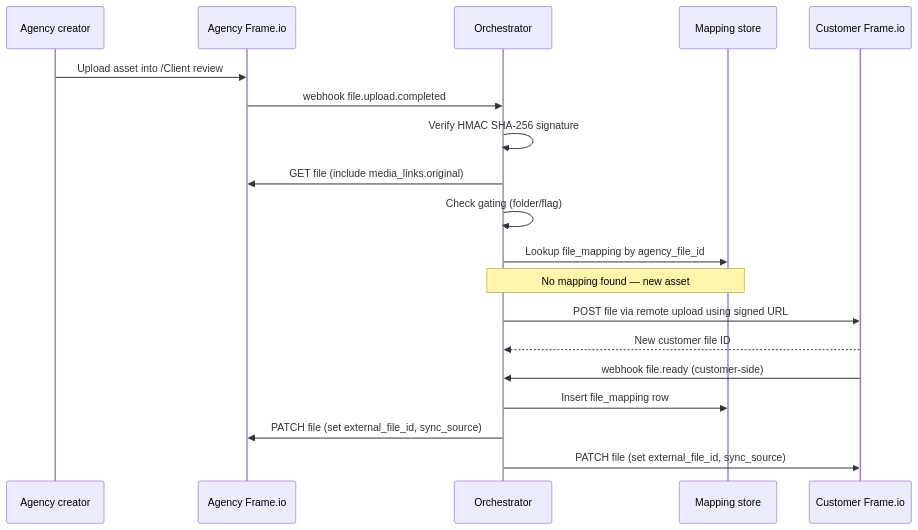
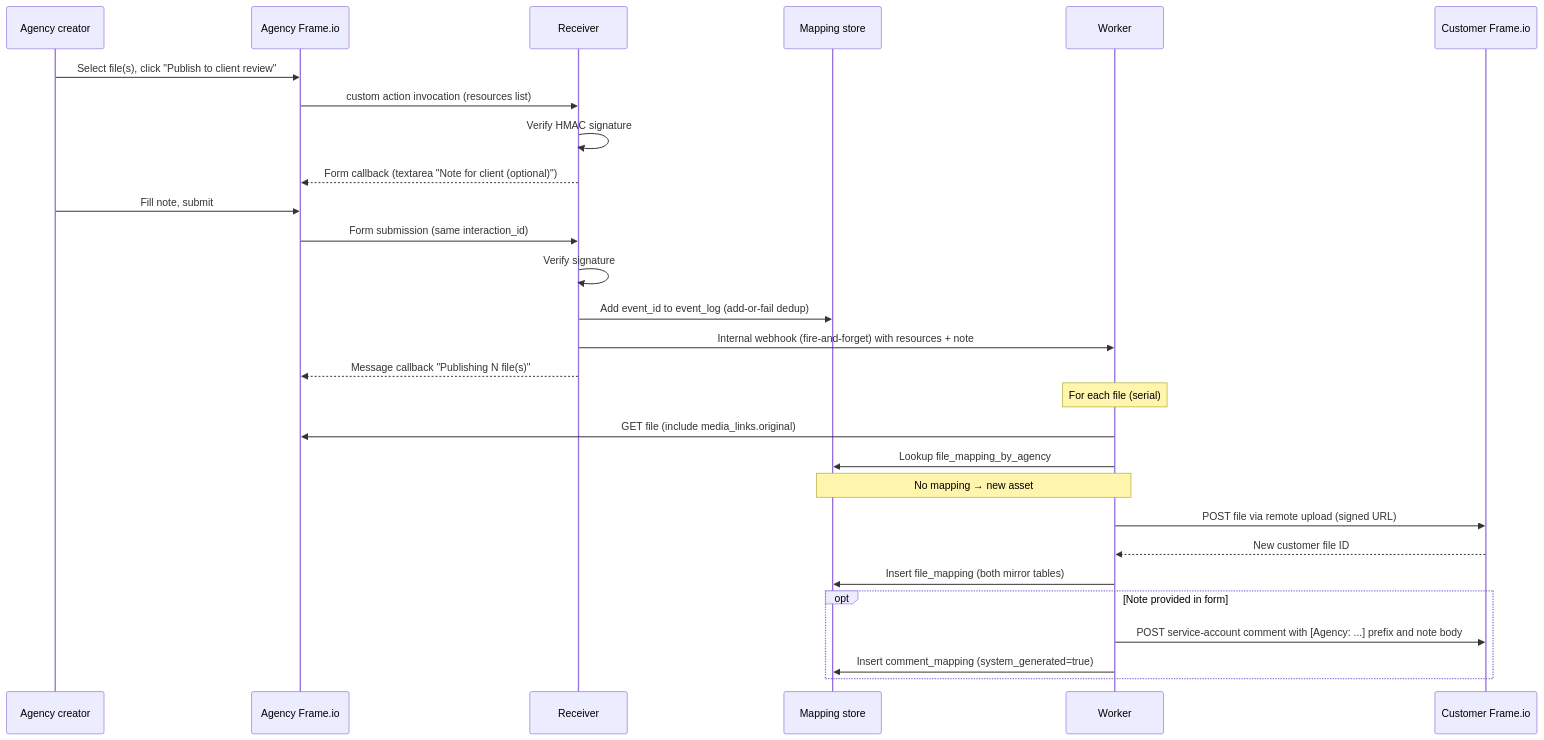
One commit to cpilsworth/frame2frame changed the second of 7 diagrams in docs/frame-io-sync-design.md. Above: the diagram before and after it, drawn with Mermaid. The commit also changed other lines of this file and 2 other files, not shown here.

````diff
--- a/docs/frame-io-sync-design.md
+++ b/docs/frame-io-sync-design.md
@@ -188,22 +251,31 @@
 ```mermaid
 sequenceDiagram
     participant U as Agency creator
     participant AF as Agency Frame.io
-    participant O as Orchestrator
+    participant R as Receiver
     participant DB as Mapping store
+    participant W as Worker
     participant CF as Customer Frame.io
 
-    U->>AF: Upload asset into /Client review
-    AF->>O: webhook file.upload.completed
-    O->>O: Verify HMAC SHA-256 signature
-    O->>AF: GET file (include media_links.original)
-    O->>O: Check gating (folder/flag)
-    O->>DB: Lookup file_mapping by agency_file_id
-    Note over O,DB: No mapping found — new asset
-    O->>CF: POST file via remote upload using signed URL
-    CF-->>O: New customer file ID
-    CF->>O: webhook file.ready (customer-side)
-    O->>DB: Insert file_mapping row
-    O->>AF: PATCH file (set external_file_id, sync_source)
-    O->>CF: PATCH file (set external_file_id, sync_source)
+    U->>AF: Select file(s), click "Publish to client review"
+    AF->>R: custom action invocation (resources list)
+    R->>R: Verify HMAC signature
+    R-->>AF: Form callback (textarea "Note for client (optional)")
+    U->>AF: Fill note, submit
+    AF->>R: Form submission (same interaction_id)
+    R->>R: Verify signature
+    R->>DB: Add event_id to event_log (add-or-fail dedup)
+    R->>W: Internal webhook (fire-and-forget) with resources + note
+    R-->>AF: Message callback "Publishing N file(s)"
+    Note over W: For each file (serial)
+    W->>AF: GET file (include media_links.original)
+    W->>DB: Lookup file_mapping_by_agency
+    Note over W,DB: No mapping → new asset
+    W->>CF: POST file via remote upload (signed URL)
+    CF-->>W: New customer file ID
+    W->>DB: Insert file_mapping (both mirror tables)
+    opt Note provided in form
+        W->>CF: POST service-account comment with [Agency: ...] prefix and note body
+        W->>DB: Insert comment_mapping (system_generated=true)
+    end
 ```
````
